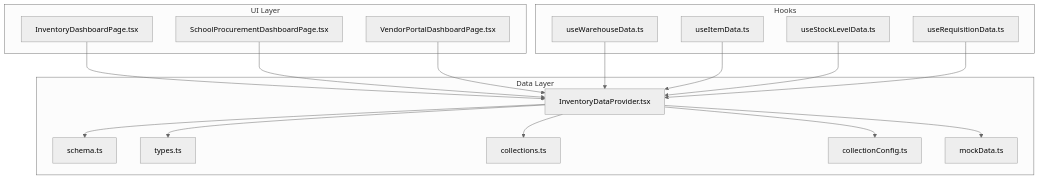
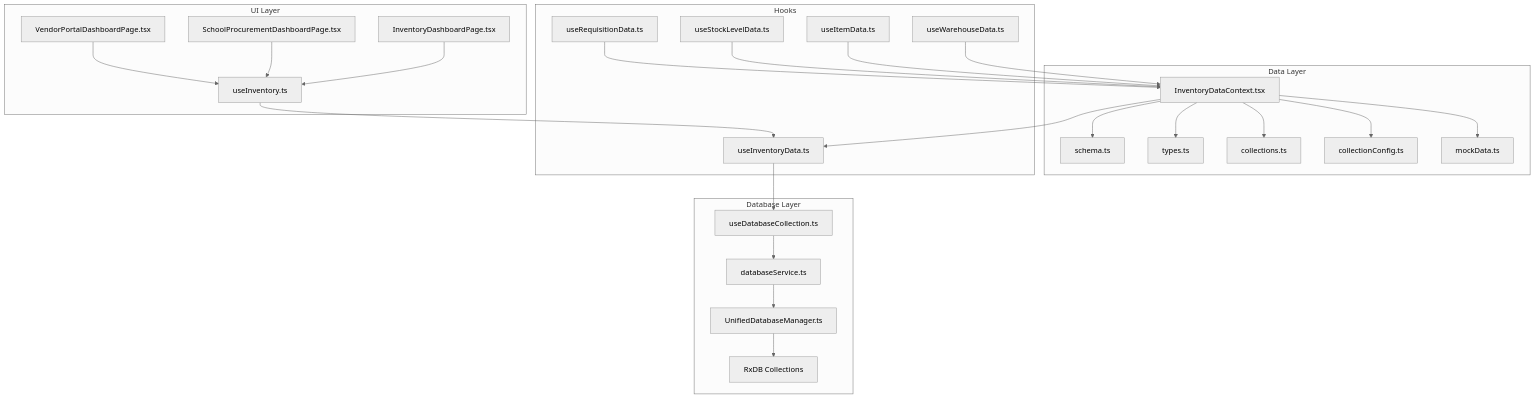
Before and after one commit to geniusdynamics/schoolpilot: the first of 9 diagrams in .qoder/repowiki/en/content/Modules System/Inventory Module.md, drawn with Mermaid (neutral theme). The commit also changed other lines of this file and 16 other files, not shown here.

````diff
--- a/.qoder/repowiki/en/content/Modules System/Inventory Module.md
+++ b/.qoder/repowiki/en/content/Modules System/Inventory Module.md
@@ -43,34 +58,48 @@
 ```mermaid
 graph TB
 subgraph "UI Layer"
 IDP["InventoryDashboardPage.tsx"]
 SPD["SchoolProcurementDashboardPage.tsx"]
 VPD["VendorPortalDashboardPage.tsx"]
+UIHOOK["useInventory.ts"]
 end
 subgraph "Data Layer"
 SCHEMA["schema.ts"]
 TYPES["types.ts"]
 COLS["collections.ts"]
 CFG["collectionConfig.ts"]
-DP["InventoryDataProvider.tsx"]
+DP["InventoryDataContext.tsx"]
 MOCK["mockData.ts"]
 end
+subgraph "Database Layer"
+DBSERVICE["databaseService.ts"]
+UNIFIEDDB["UnifiedDatabaseManager.ts"]
+RXDBCOLS["RxDB Collections"]
+DBC["useDatabaseCollection.ts"]
+end
 subgraph "Hooks"
-WDH["useWarehouseData.ts"]
+WHD["useWarehouseData.ts"]
 ITD["useItemData.ts"]
 SLD["useStockLevelData.ts"]
 RQD["useRequisitionData.ts"]
+UID["useInventoryData.ts"]
 end
-IDP --> DP
-SPD --> DP
-VPD --> DP
+IDP --> UIHOOK
+SPD --> UIHOOK
+VPD --> UIHOOK
+UIHOOK --> UID
+UID --> DBC
+DP --> UID
 DP --> SCHEMA
 DP --> TYPES
 DP --> COLS
 DP --> CFG
 DP --> MOCK
-WDH --> DP
+DBC --> DBSERVICE
+DBSERVICE --> UNIFIEDDB
+UNIFIEDDB --> RXDBCOLS
+WHD --> DP
 ITD --> DP
 SLD --> DP
 RQD --> DP
 ```
````
